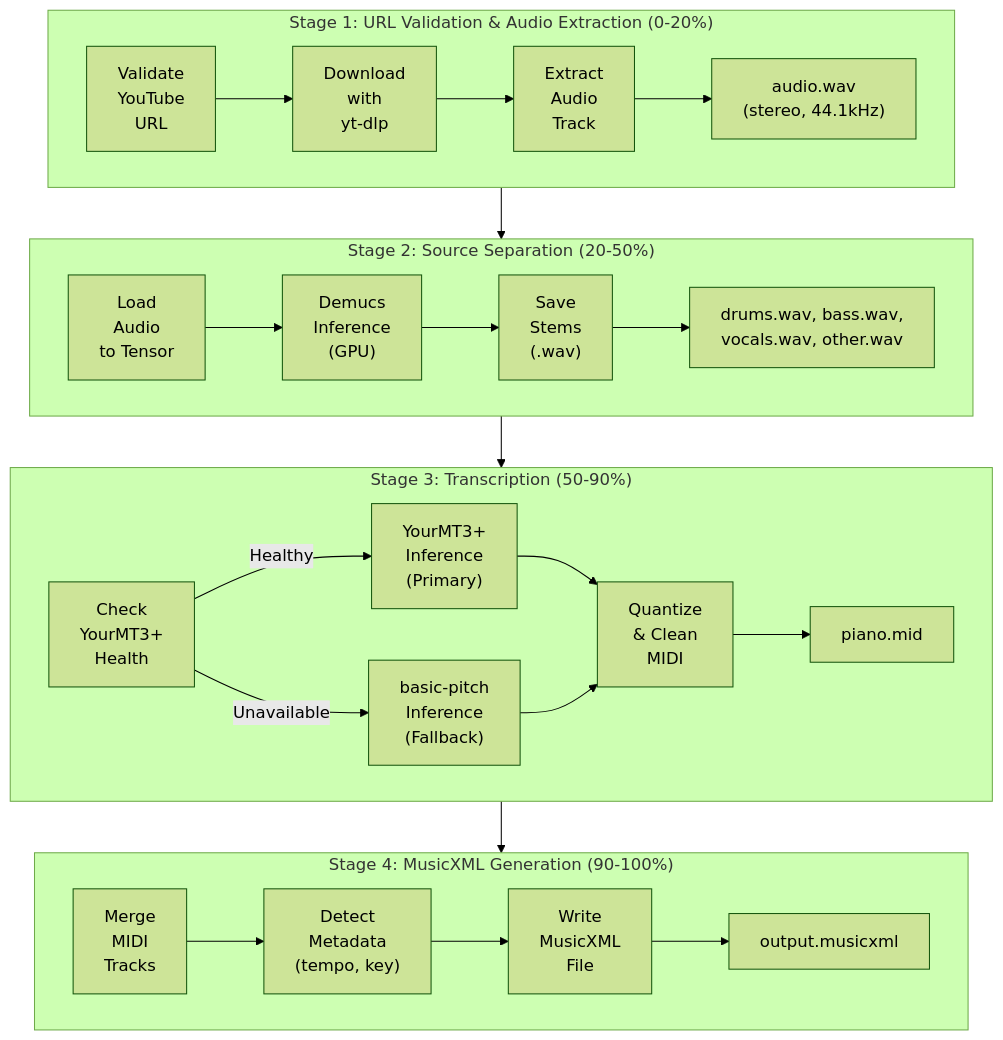
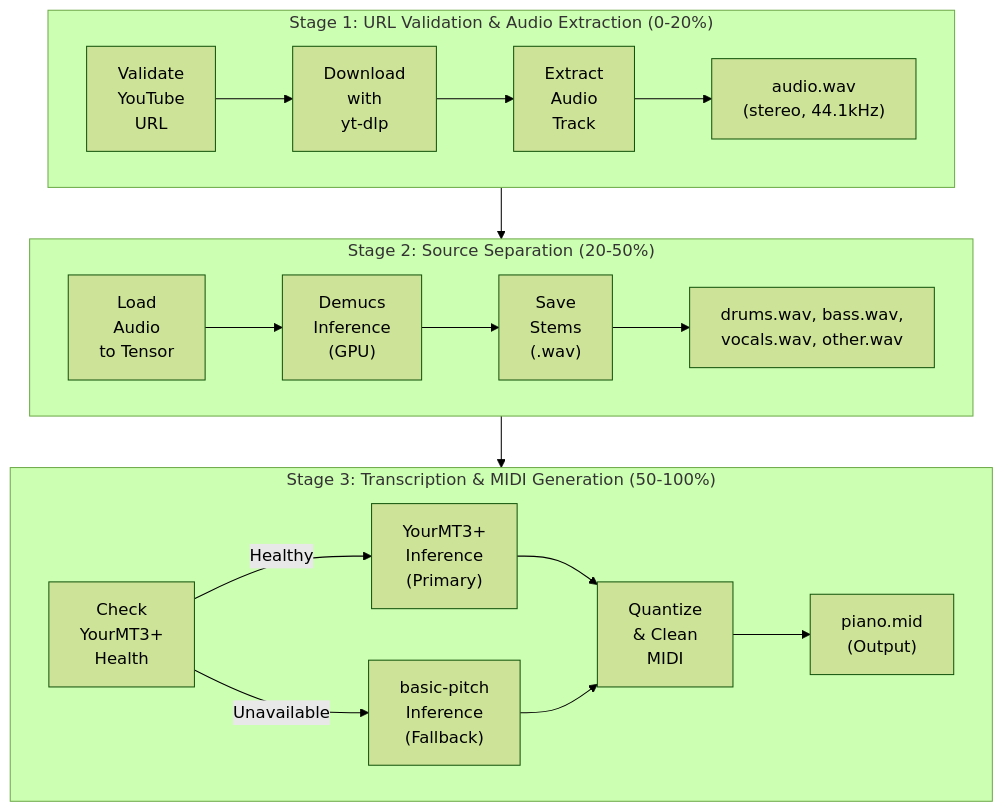
Before and after one commit to calebyhan/rescored: the diagram in docs/backend/pipeline.md, drawn with Mermaid (forest theme). The commit also changed other lines of this file and 29 other files, not shown here.

````diff
--- a/docs/backend/pipeline.md
+++ b/docs/backend/pipeline.md
@@ -9,53 +9,41 @@
 ```mermaid
 graph TB
     subgraph Stage1["Stage 1: URL Validation & Audio Extraction (0-20%)"]
         Validate["Validate<br/>YouTube<br/>URL"]
         Download["Download<br/>with<br/>yt-dlp"]
         Extract["Extract<br/>Audio<br/>Track"]
         Audio1["audio.wav<br/>(stereo, 44.1kHz)"]
 
         Validate --> Download
         Download --> Extract
         Extract --> Audio1
     end
 
     subgraph Stage2["Stage 2: Source Separation (20-50%)"]
         Load["Load<br/>Audio<br/>to Tensor"]
         Demucs["Demucs<br/>Inference<br/>(GPU)"]
         SaveStems["Save<br/>Stems<br/>(.wav)"]
         Stems["drums.wav, bass.wav,<br/>vocals.wav, other.wav"]
 
         Load --> Demucs
         Demucs --> SaveStems
         SaveStems --> Stems
     end
 
-    subgraph Stage3["Stage 3: Transcription (50-90%)"]
+    subgraph Stage3["Stage 3: Transcription & MIDI Generation (50-100%)"]
         Health["Check<br/>YourMT3+<br/>Health"]
         YMT3["YourMT3+<br/>Inference<br/>(Primary)"]
         BasicPitch["basic-pitch<br/>Inference<br/>(Fallback)"]
         Quantize["Quantize<br/>& Clean<br/>MIDI"]
-        MIDI["piano.mid"]
+        MIDI["piano.mid<br/>(Output)"]
 
         Health -->|Healthy| YMT3
         Health -->|Unavailable| BasicPitch
         YMT3 --> Quantize
         BasicPitch --> Quantize
         Quantize --> MIDI
     end
 
-    subgraph Stage4["Stage 4: MusicXML Generation (90-100%)"]
-        Merge["Merge<br/>MIDI<br/>Tracks"]
-        Detect["Detect<br/>Metadata<br/>(tempo, key)"]
-        WriteMXML["Write<br/>MusicXML<br/>File"]
-        Output["output.musicxml"]
-
-        Merge --> Detect
-        Detect --> WriteMXML
-        WriteMXML --> Output
-    end
-
     Stage1 --> Stage2
     Stage2 --> Stage3
-    Stage3 --> Stage4
 ```
````
